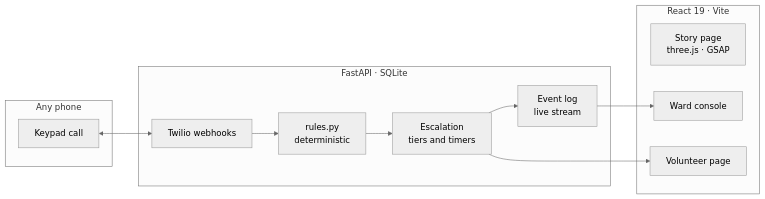
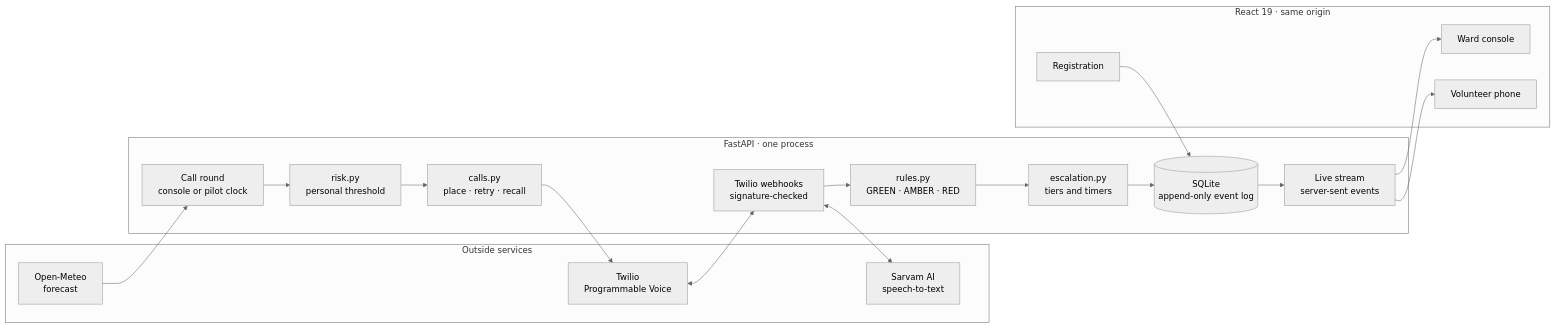
The second of 3 diagrams in README.md (Priyanshu-senapati/Neralu), drawn with Mermaid (neutral theme) before and after one commit. The commit also changed other lines of this file, not shown here.

First line of the commit message:
README: the backend, frontend, safety, tests and known limits

````diff
--- a/README.md
+++ b/README.md
@@ -131,19 +155,28 @@
 ```mermaid
 flowchart LR
-    subgraph Phone["Any phone"]
-        K["Keypad call"]
+    subgraph Outside["Outside services"]
+        TW["Twilio<br/>Programmable Voice"]
+        SV["Sarvam AI<br/>speech-to-text"]
+        OM["Open-Meteo<br/>forecast"]
     end
-    subgraph Backend["FastAPI · SQLite"]
-        T["Twilio webhooks"] --> RU["rules.py<br/>deterministic"]
-        RU --> ES["Escalation<br/>tiers and timers"]
-        ES --> EV["Event log<br/>live stream"]
+    subgraph Backend["FastAPI · one process"]
+        RD["Call round<br/>console or pilot clock"] --> RK["risk.py<br/>personal threshold"]
+        RK --> CA["calls.py<br/>place · retry · recall"]
+        VH["Twilio webhooks<br/>signature-checked"] --> RU["rules.py<br/>GREEN · AMBER · RED"]
+        RU --> ES["escalation.py<br/>tiers and timers"]
+        ES --> DB[("SQLite<br/>append-only event log")]
+        DB --> SSE["Live stream<br/>server-sent events"]
     end
-    subgraph Frontend["React 19 · Vite"]
-        ST["Story page<br/>three.js · GSAP"]
+    subgraph Browser["React 19 · same origin"]
         WC["Ward console"]
-        VO["Volunteer page"]
+        VO["Volunteer phone"]
+        RG["Registration"]
     end
-    K <--> T
-    EV --> WC
-    ES --> VO
+    OM --> RD
+    CA --> TW
+    TW <--> VH
+    VH <--> SV
+    SSE --> WC
+    SSE --> VO
+    RG --> DB
 ```
````
